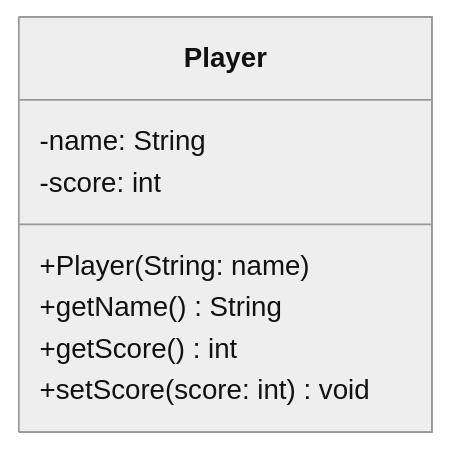
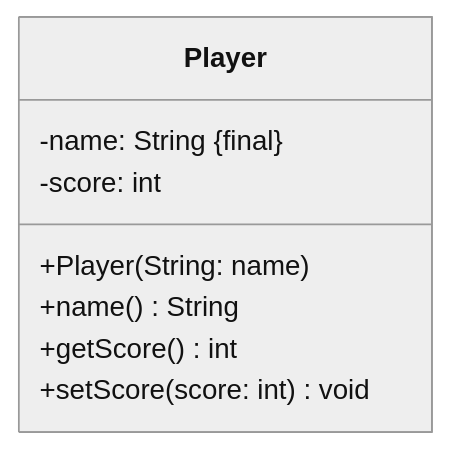
One commit to jappuccini/java-docs changed the diagram in docs/exercises/uml/class-diagrams01.mdx. Above: the diagram before and after it, drawn with Mermaid (neutral theme). The commit also changed 33 other files, not shown here.

````diff
--- a/docs/exercises/uml/class-diagrams01.mdx
+++ b/docs/exercises/uml/class-diagrams01.mdx
@@ -17,12 +17,12 @@
 ```mermaid
 classDiagram
 
     class Player {
-        -name: String
+        -name: String &#123final&#125
         -score: int
         +Player(String: name)
-        +getName() String
+        +name() String
         +getScore() int
         +setScore(score: int) void
     }
 ```
````
